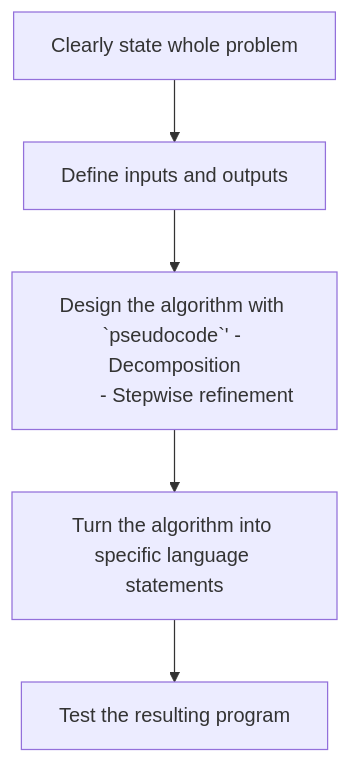
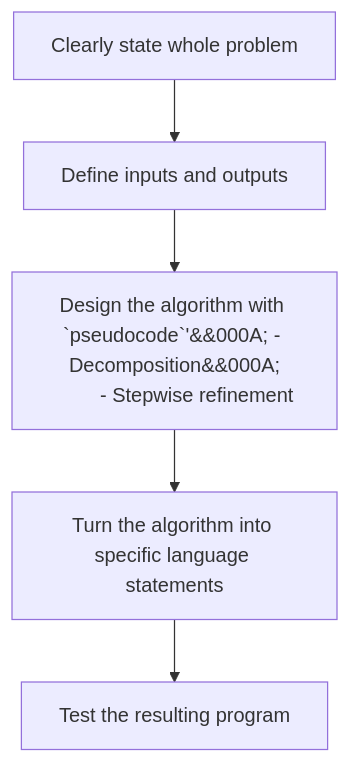
The second of 6 diagrams in docs/introductions/sdlc_tools.md (UPPMAX/programming_formalisms), drawn with Mermaid before and after one commit. The commit also changed other lines of this file, not shown here.

````diff
--- a/docs/introductions/sdlc_tools.md
+++ b/docs/introductions/sdlc_tools.md
@@ -174,6 +170,6 @@
 ```mermaid
 flowchart TD;
-    A["Clearly state whole problem"] -->  B["Define inputs and outputs"] --> C["Design the algorithm with `pseudocode`' - Decomposition
+    A["Clearly state whole problem"] -->  B["Define inputs and outputs"] --> C["Design the algorithm with `pseudocode`'&#000A; - Decomposition&#000A;
         - Stepwise refinement"]  -->  D["Turn the algorithm into specific language statements"] --> E["Test the resulting program"]
 
 ```
````
